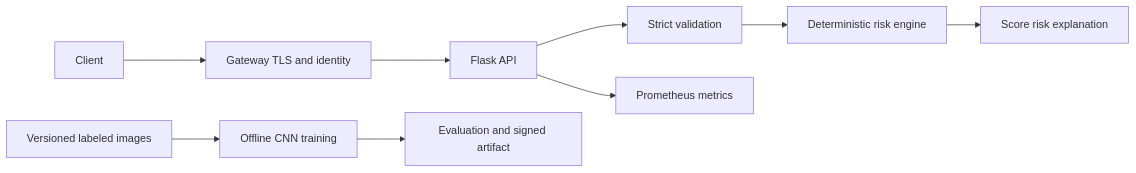
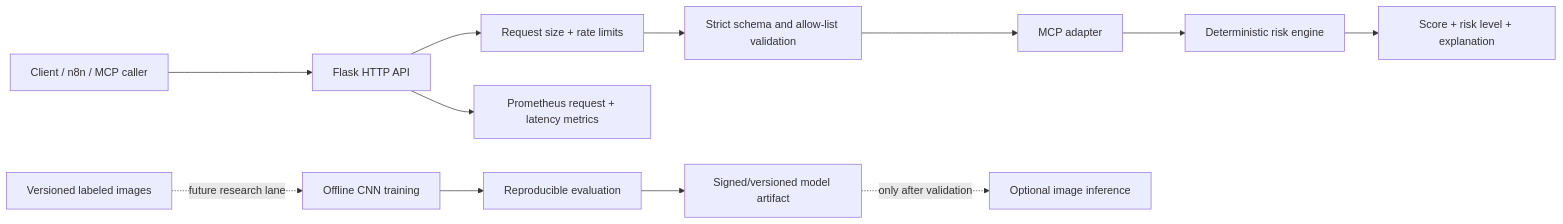
The first of 2 diagrams in README.md (CoreyLeath-code/AI-Vehicle-Safety-Classifier), drawn with Mermaid before and after one commit. The commit also changed other lines of this file, not shown here.

Commit message:
docs: rebuild README around reproducible L6 evidence

````diff
--- a/README.md
+++ b/README.md
@@ -162,11 +54,15 @@
 ```mermaid
 flowchart LR
-  C[Client] --> G[Gateway TLS and identity]
-  G --> A[Flask API]
-  A --> V[Strict validation]
-  V --> R[Deterministic risk engine]
-  R --> J[Score risk explanation]
-  A --> M[Prometheus metrics]
-  D[Versioned labeled images] --> T[Offline CNN training]
-  T --> E[Evaluation and signed artifact]
+    Client[Client / n8n / MCP caller] --> HTTP[Flask HTTP API]
+    HTTP --> Limit[Request size + rate limits]
+    Limit --> Validate[Strict schema and allow-list validation]
+    Validate --> Adapter[MCP adapter]
+    Adapter --> Risk[Deterministic risk engine]
+    Risk --> Result[Score + risk level + explanation]
+    HTTP --> Obs[Prometheus request + latency metrics]
+
+    Data[Versioned labeled images] -. future research lane .-> Train[Offline CNN training]
+    Train --> Eval[Reproducible evaluation]
+    Eval --> Artifact[Signed/versioned model artifact]
+    Artifact -. only after validation .-> Inference[Optional image inference]
 ```
````
